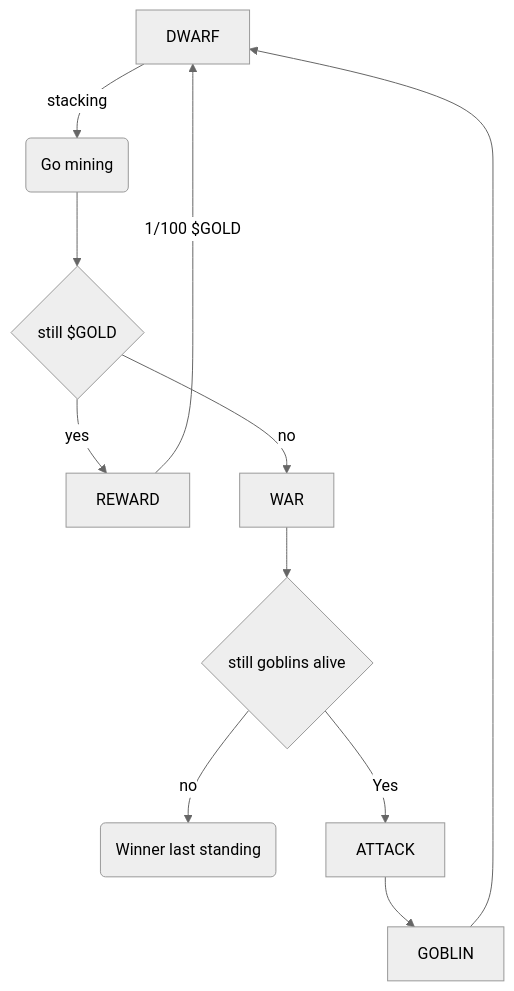
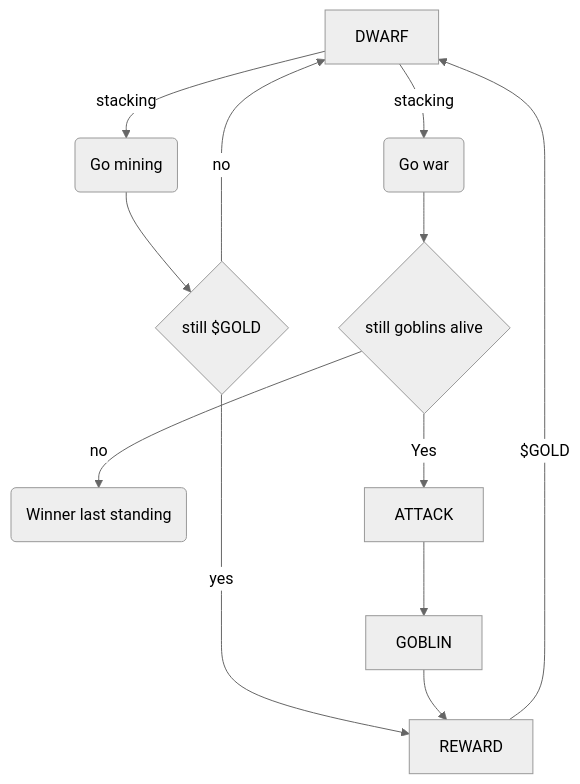
The first of 3 diagrams in docs/whitepaper-v1.md (gbalbuena/dwarfes-and-goblins), drawn with Mermaid (neutral theme) before and after one commit. The commit also changed other lines of this file, not shown here.

````diff
--- a/docs/whitepaper-v1.md
+++ b/docs/whitepaper-v1.md
@@ -45,15 +66,17 @@
 ```mermaid
 graph TD
     DWARF --> |stacking| MINING(Go mining)
     MINING --> MINE{still $GOLD}
     MINE --> |yes| REWARD
-    REWARD --> |1/100 $GOLD| DWARF
+    MINE --> |no| DWARF
 
-    MINE --> |no| WAR
     WAR --> STILLWAR{still goblins alive}
     STILLWAR -->|no| WINNER(Winner last standing)
     STILLWAR -->|Yes| ATTACK
     ATTACK --> GOBLIN
-    GOBLIN --> DWARF
+    GOBLIN --> REWARD
 
+    REWARD -->|$GOLD| DWARF
+
+    DWARF --> |stacking| WAR(Go war)
 ```
````
